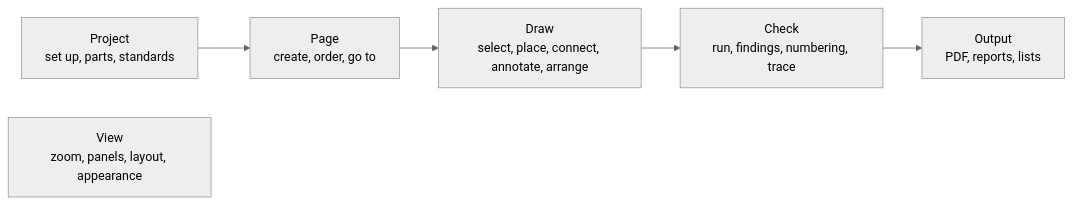
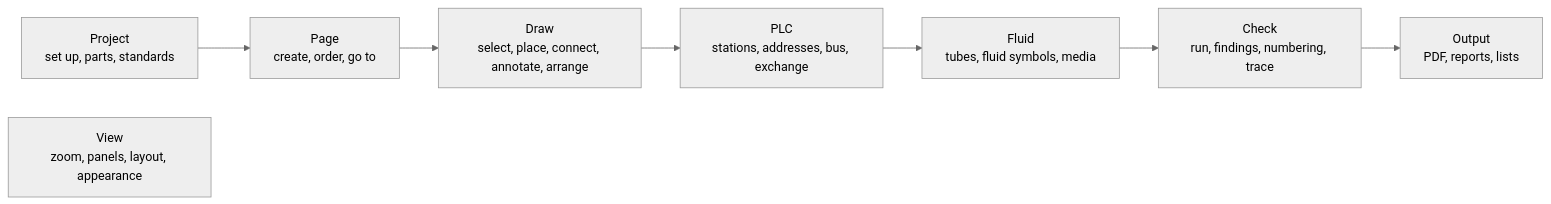
One commit to Ironkode787/ElektraWatt changed the diagram in docs/design/16a-design-language.md. Above: the diagram before and after it, drawn with Mermaid (neutral theme). The commit also changed other lines of this file and 79 other files, not shown here.

First line of the commit message:
feat(ui): PLC and Fluid tabs in the command bar, the workspace switch in the tab row

````diff
--- a/docs/design/16a-design-language.md
+++ b/docs/design/16a-design-language.md
@@ -1601,8 +1608,10 @@
 ```mermaid
 flowchart LR
   P["Project<br/>set up, parts, standards"] --> G["Page<br/>create, order, go to"]
   G --> D["Draw<br/>select, place, connect, annotate, arrange"]
-  D --> C["Check<br/>run, findings, numbering, trace"]
+  D --> L["PLC<br/>stations, addresses, bus, exchange"]
+  L --> F["Fluid<br/>tubes, fluid symbols, media"]
+  F --> C["Check<br/>run, findings, numbering, trace"]
   C --> O["Output<br/>PDF, reports, lists"]
   V["View<br/>zoom, panels, layout, appearance"]
 ```
````
